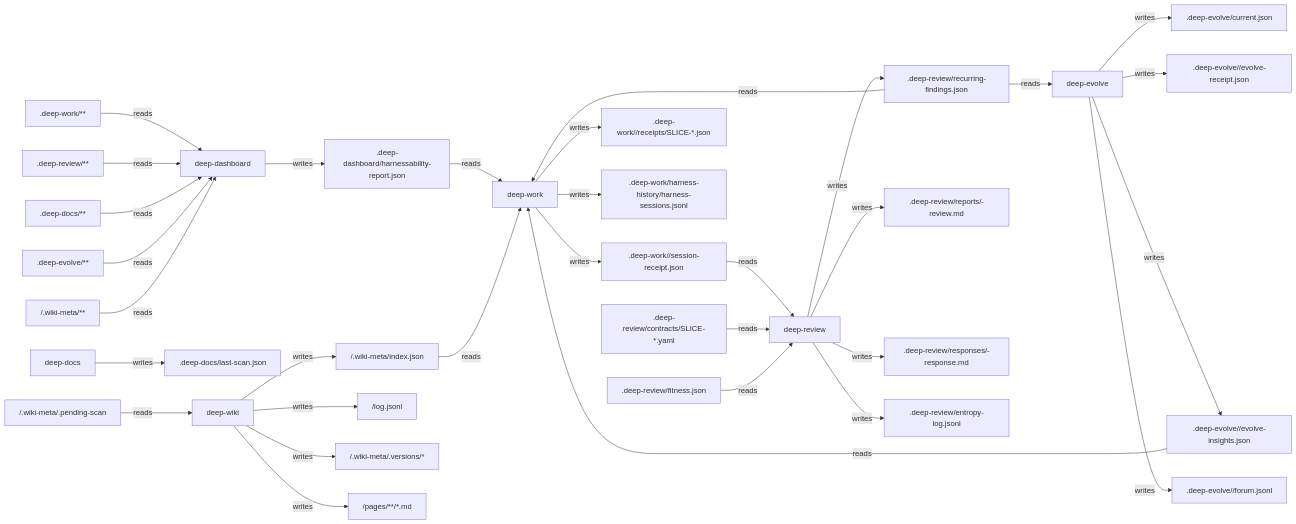
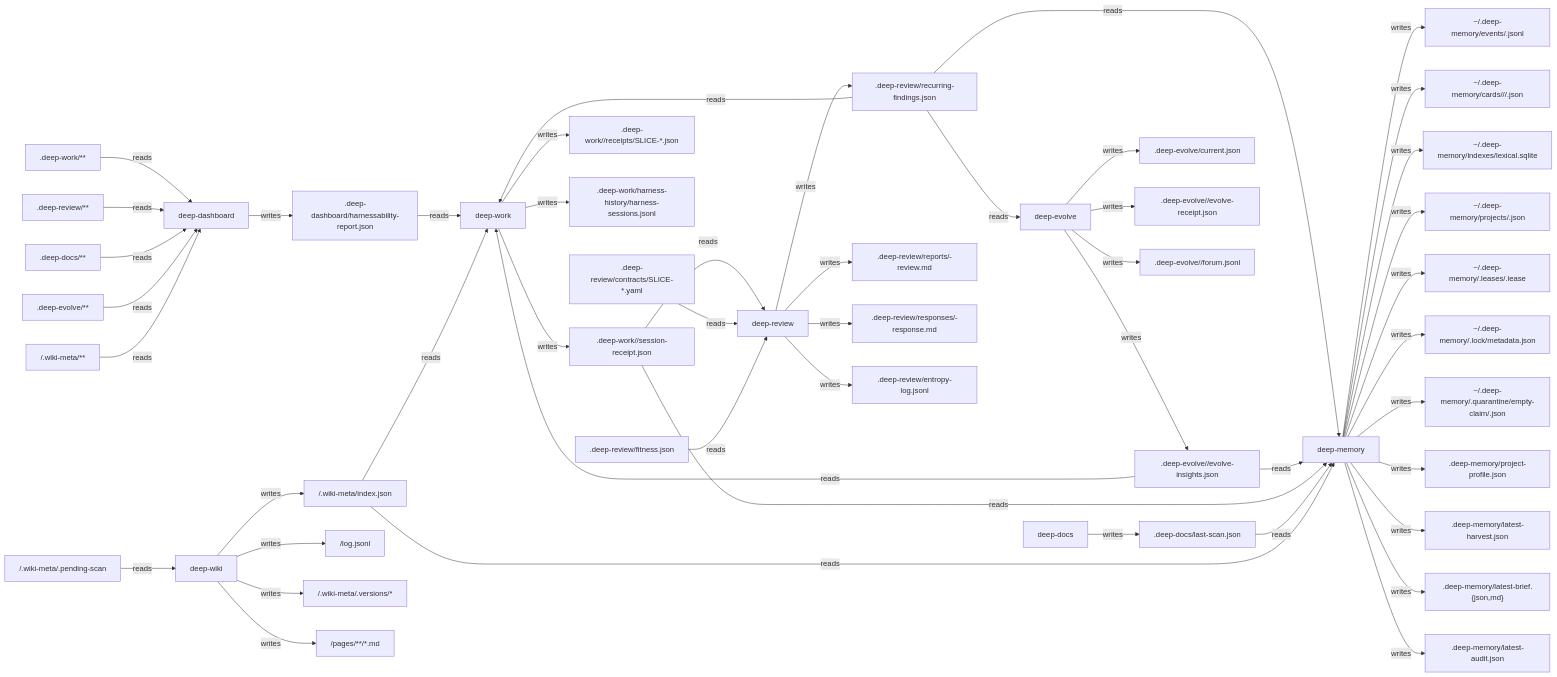
The diagram in docs/artifact-io-graph.md (Sungmin-Cho/claude-deep-suite), drawn with Mermaid before and after one commit. The commit also changed 11 other files, not shown here.

First line of the commit message:
feat(catalog): add deep-memory v0.1.0 — cross-project semantic operational memory

````diff
--- a/docs/artifact-io-graph.md
+++ b/docs/artifact-io-graph.md
@@ -9,34 +9,50 @@
 ```mermaid
 flowchart LR
   deep-work-->|writes|p1[".deep-work/<session>/session-receipt.json"]
   deep-work-->|writes|p2[".deep-work/<session>/receipts/SLICE-*.json"]
   deep-work-->|writes|p3[".deep-work/harness-history/harness-sessions.jsonl"]
   p4[".deep-dashboard/harnessability-report.json"]-->|reads|deep-work
   p5[".deep-evolve/<session>/evolve-insights.json"]-->|reads|deep-work
   p6[".deep-review/recurring-findings.json"]-->|reads|deep-work
   p7["<wiki_root>/.wiki-meta/index.json"]-->|reads|deep-work
   deep-wiki-->|writes|p8["<wiki_root>/log.jsonl"]
   deep-wiki-->|writes|p7["<wiki_root>/.wiki-meta/index.json"]
   deep-wiki-->|writes|p9["<wiki_root>/.wiki-meta/.versions/*"]
   deep-wiki-->|writes|p10["<wiki_root>/pages/**/*.md"]
   p11["<wiki_root>/.wiki-meta/.pending-scan"]-->|reads|deep-wiki
   deep-evolve-->|writes|p12[".deep-evolve/current.json"]
   deep-evolve-->|writes|p13[".deep-evolve/<session>/evolve-receipt.json"]
   deep-evolve-->|writes|p5[".deep-evolve/<session>/evolve-insights.json"]
   deep-evolve-->|writes|p14[".deep-evolve/<session>/forum.jsonl"]
   p6[".deep-review/recurring-findings.json"]-->|reads|deep-evolve
   deep-review-->|writes|p15[".deep-review/reports/<timestamp>-review.md"]
   deep-review-->|writes|p16[".deep-review/responses/<timestamp>-response.md"]
   deep-review-->|writes|p6[".deep-review/recurring-findings.json"]
   deep-review-->|writes|p17[".deep-review/entropy-log.jsonl"]
   p1[".deep-work/<session>/session-receipt.json"]-->|reads|deep-review
   p18[".deep-review/contracts/SLICE-*.yaml"]-->|reads|deep-review
   p19[".deep-review/fitness.json"]-->|reads|deep-review
   deep-docs-->|writes|p20[".deep-docs/last-scan.json"]
   deep-dashboard-->|writes|p4[".deep-dashboard/harnessability-report.json"]
   p21[".deep-work/**"]-->|reads|deep-dashboard
   p22[".deep-review/**"]-->|reads|deep-dashboard
   p23[".deep-docs/**"]-->|reads|deep-dashboard
   p24[".deep-evolve/**"]-->|reads|deep-dashboard
   p25["<wiki_root>/.wiki-meta/**"]-->|reads|deep-dashboard
+  deep-memory-->|writes|p26["~/.deep-memory/events/<YYYY-MM>.jsonl"]
+  deep-memory-->|writes|p27["~/.deep-memory/cards/<memory_type>/<global|project_id>/<memory_id>.json"]
+  deep-memory-->|writes|p28["~/.deep-memory/indexes/lexical.sqlite"]
+  deep-memory-->|writes|p29["~/.deep-memory/projects/<project_id>.json"]
+  deep-memory-->|writes|p30["~/.deep-memory/.leases/<project_id>.lease"]
+  deep-memory-->|writes|p31["~/.deep-memory/.lock/metadata.json"]
+  deep-memory-->|writes|p32["~/.deep-memory/.quarantine/empty-claim/<run_id>.json"]
+  deep-memory-->|writes|p33[".deep-memory/project-profile.json"]
+  deep-memory-->|writes|p34[".deep-memory/latest-harvest.json"]
+  deep-memory-->|writes|p35[".deep-memory/latest-brief.{json,md}"]
+  deep-memory-->|writes|p36[".deep-memory/latest-audit.json"]
+  p6[".deep-review/recurring-findings.json"]-->|reads|deep-memory
+  p5[".deep-evolve/<session>/evolve-insights.json"]-->|reads|deep-memory
+  p1[".deep-work/<session>/session-receipt.json"]-->|reads|deep-memory
+  p20[".deep-docs/last-scan.json"]-->|reads|deep-memory
+  p7["<wiki_root>/.wiki-meta/index.json"]-->|reads|deep-memory
 ```
````
